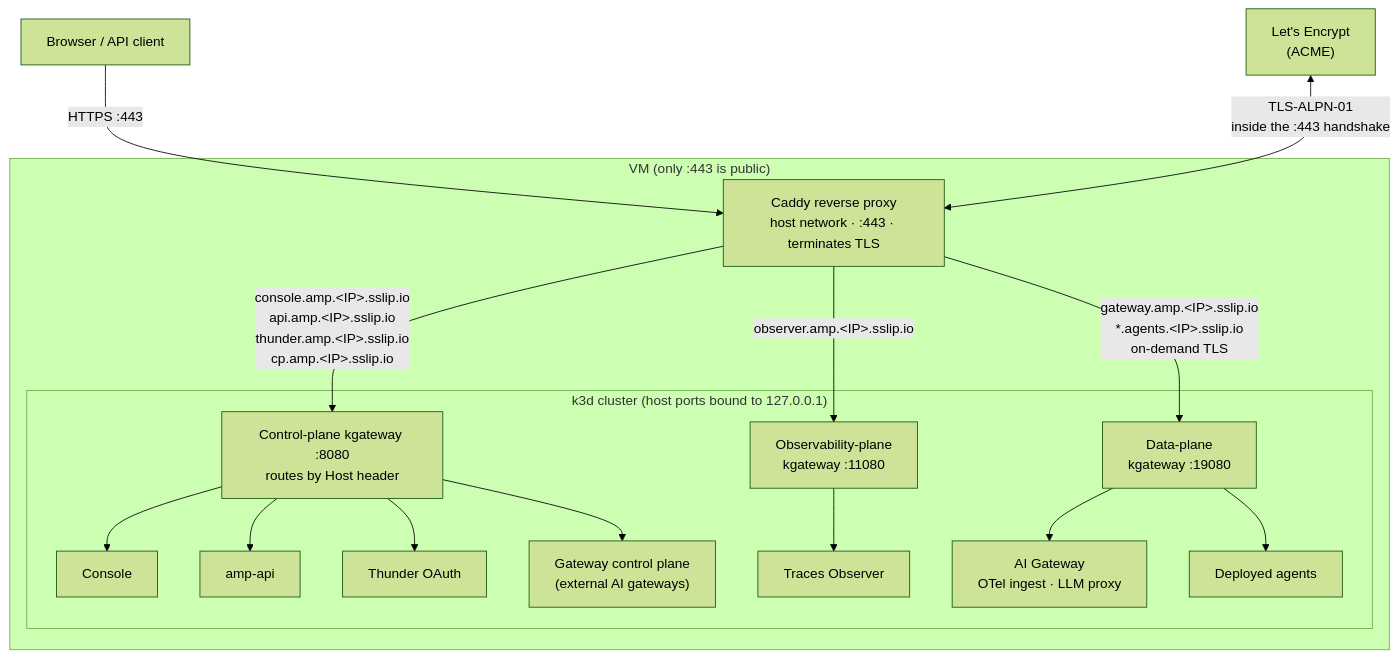
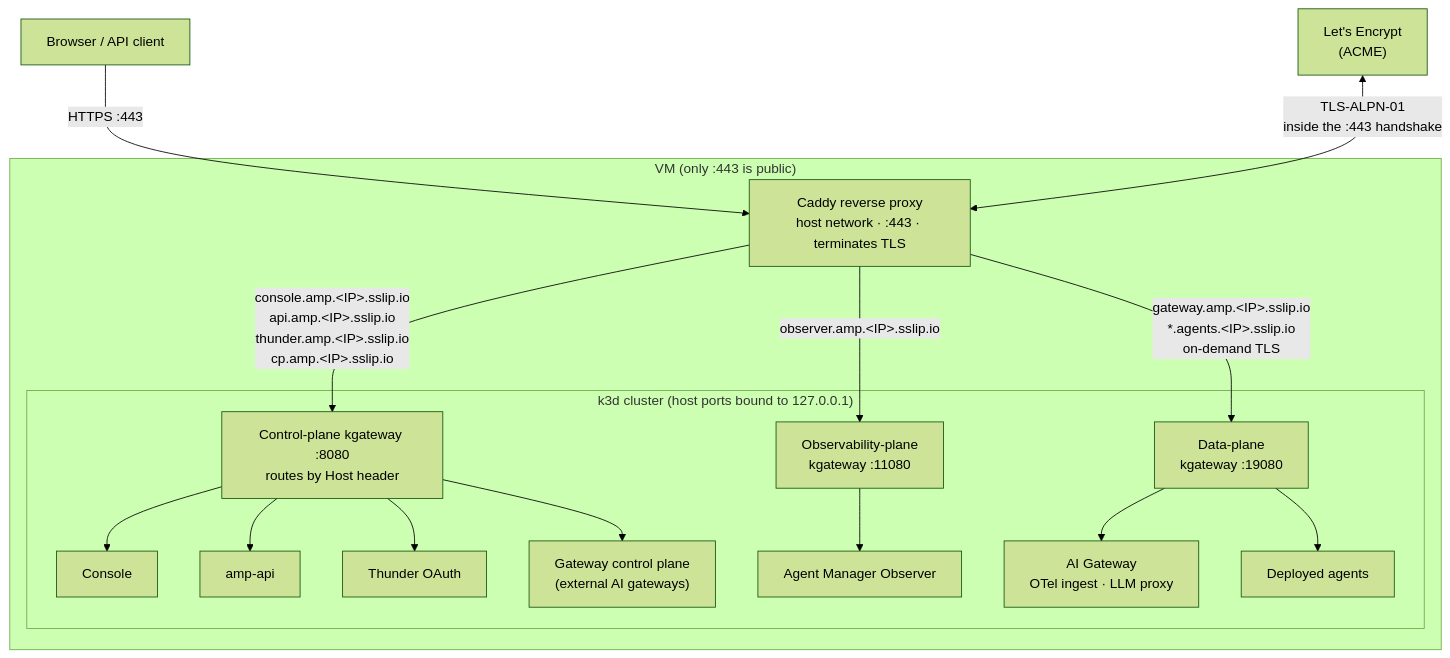
The first of 2 diagrams in docs/getting-started/on-a-vm.mdx (IsuruVithanage/docs-agent-platform), drawn with Mermaid (forest theme) before and after one commit. The commit also changed other lines of this file and 3 other files, not shown here.

First line of the commit message:
Sweep remaining traces-observer references

````diff
--- a/docs/getting-started/on-a-vm.mdx
+++ b/docs/getting-started/on-a-vm.mdx
@@ -93,36 +93,36 @@
 ```mermaid
 flowchart TB
     browser["Browser / API client"]
     le["Let's Encrypt<br/>(ACME)"]
 
     subgraph vm["VM (only :443 is public)"]
         caddy["Caddy reverse proxy<br/>host network · :443 · terminates TLS"]
 
         subgraph k3d["k3d cluster (host ports bound to 127.0.0.1)"]
             cpgw["Control-plane kgateway :8080<br/>routes by Host header"]
             opgw["Observability-plane<br/>kgateway :11080"]
             dpgw["Data-plane<br/>kgateway :19080"]
 
             console["Console"]
             api["amp-api"]
             thunder["Thunder OAuth"]
             cp["Gateway control plane<br/>(external AI gateways)"]
-            observer["Traces Observer"]
+            observer["Agent Manager Observer"]
             gw["AI Gateway<br/>OTel ingest · LLM proxy"]
             agents["Deployed agents"]
         end
     end
 
     browser -->|"HTTPS :443"| caddy
     le <-->|"TLS-ALPN-01<br/>inside the :443 handshake"| caddy
     caddy -->|"console.amp.&lt;IP&gt;.sslip.io<br/>api.amp.&lt;IP&gt;.sslip.io<br/>thunder.amp.&lt;IP&gt;.sslip.io<br/>cp.amp.&lt;IP&gt;.sslip.io"| cpgw
     caddy -->|"observer.amp.&lt;IP&gt;.sslip.io"| opgw
     caddy -->|"gateway.amp.&lt;IP&gt;.sslip.io<br/>*.agents.&lt;IP&gt;.sslip.io<br/>on-demand TLS"| dpgw
     cpgw --> console
     cpgw --> api
     cpgw --> thunder
     cpgw --> cp
     opgw --> observer
     dpgw --> gw
     dpgw --> agents
 ```
````
